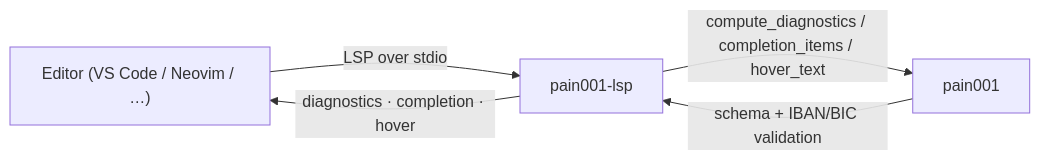
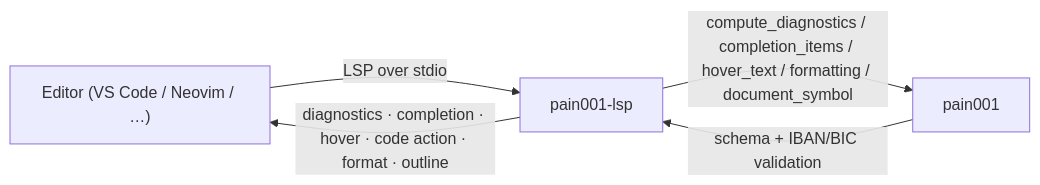
One commit to sebastienrousseau/pain001-lsp changed the diagram in README.md. Above: the diagram before and after it, drawn with Mermaid. The commit also changed other lines of this file and 18 other files, not shown here.

First line of the commit message:
feat: v0.0.53 - formatting + documentSymbol + Docker + VS Code scaffold (#2)

````diff
--- a/README.md
+++ b/README.md
@@ -95,7 +304,7 @@
 ```mermaid
 flowchart LR
     A["Editor (VS Code / Neovim / …)"] -->|LSP over stdio| B["pain001-lsp"]
-    B -->|compute_diagnostics / completion_items / hover_text| C["pain001"]
+    B -->|compute_diagnostics / completion_items / hover_text / formatting / document_symbol| C["pain001"]
     C -->|schema + IBAN/BIC validation| B
-    B -->|diagnostics · completion · hover| A
+    B -->|diagnostics · completion · hover · code action · format · outline| A
 ```
````
